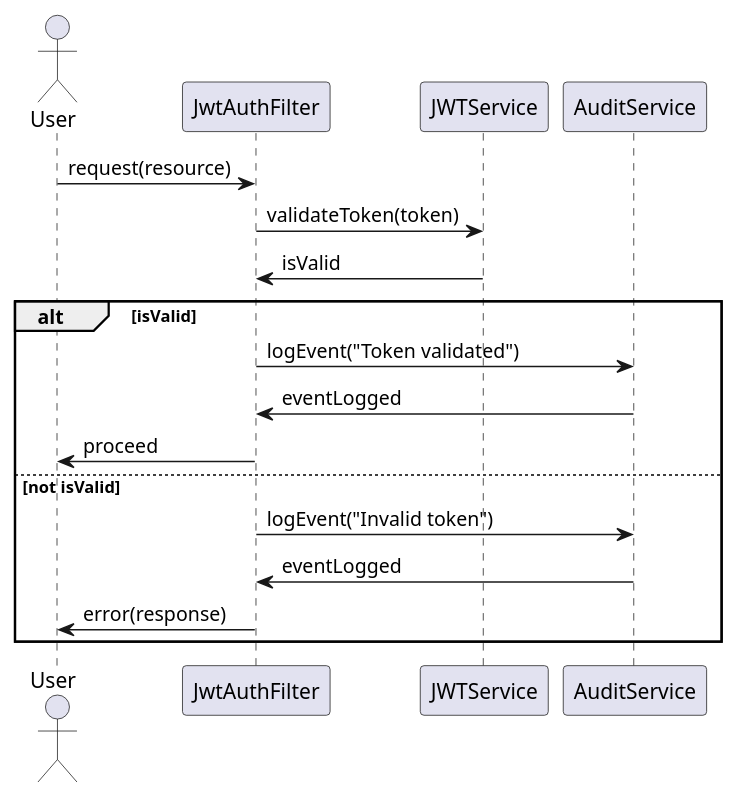
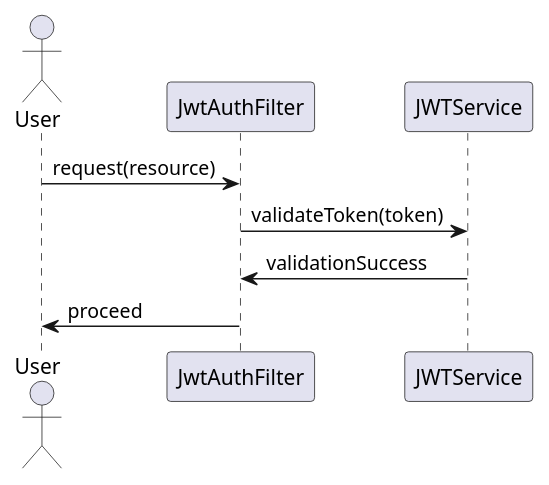
Before and after one commit to Dinesh-s95/AutoDoc.ai: the third of 6 diagrams in identityprovider/documentation/detaileddesign.adoc, drawn with PlantUML. The commit also changed other lines of this file and 4 other files, not shown here.

````diff
--- a/identityprovider/documentation/detaileddesign.adoc
+++ b/identityprovider/documentation/detaileddesign.adoc
@@ -335,21 +289,12 @@
 ```plantuml
 @startuml
 actor User
 participant JwtAuthFilter
 participant JWTService
-participant AuditService
 
 User -> JwtAuthFilter : request(resource)
 JwtAuthFilter -> JWTService : validateToken(token)
-JWTService -> JwtAuthFilter : isValid
-alt isValid
-    JwtAuthFilter -> AuditService : logEvent("Token validated")
-    AuditService -> JwtAuthFilter : eventLogged
-    JwtAuthFilter -> User : proceed
-else not isValid
-    JwtAuthFilter -> AuditService : logEvent("Invalid token")
-    AuditService -> JwtAuthFilter : eventLogged
-    JwtAuthFilter -> User : error(response)
-end
+JWTService -> JwtAuthFilter : validationSuccess
+JwtAuthFilter -> User : proceed
 @enduml
 ```
````
